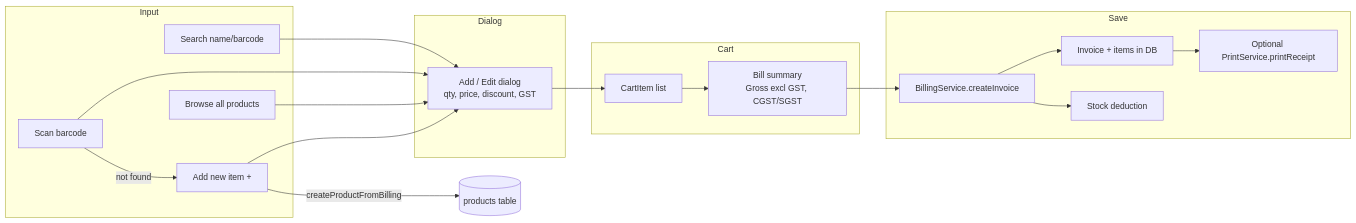
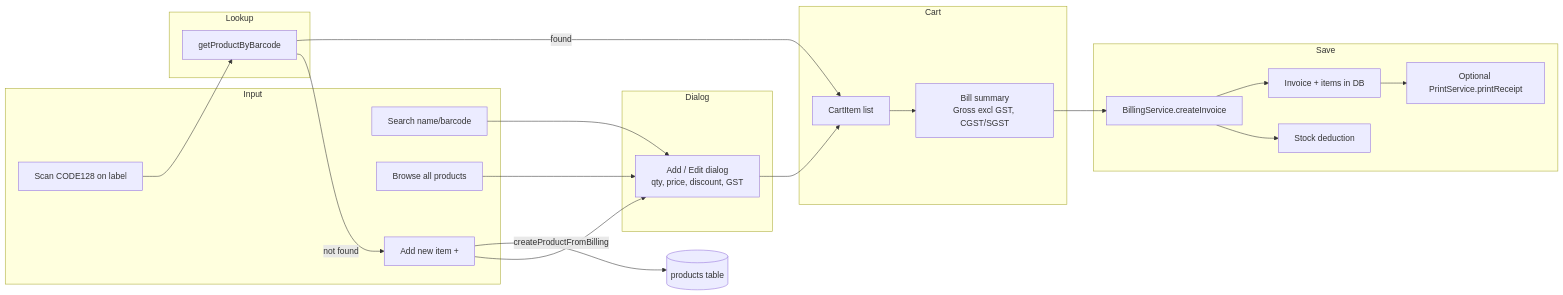
Before and after one commit to raghavendra-k021/bill-service: the third of 10 diagrams in ARCHITECTURE.md, drawn with Mermaid. The commit also changed other lines of this file and 27 other files, not shown here.

````diff
--- a/ARCHITECTURE.md
+++ b/ARCHITECTURE.md
@@ -89,38 +103,43 @@
 ```mermaid
 flowchart LR
     subgraph Input
         A1[Search name/barcode]
-        A2[Scan barcode]
+        A2[Scan CODE128 on label]
         A3[Browse all products]
         A4[Add new item +]
+    end
+
+    subgraph Lookup
+        L1[getProductByBarcode]
     end
 
     subgraph Dialog
         D1[Add / Edit dialog<br/>qty, price, discount, GST]
     end
 
     subgraph Cart
         C1[CartItem list]
         C2[Bill summary<br/>Gross excl GST, CGST/SGST]
     end
 
     subgraph Save
         S1[BillingService.createInvoice]
         S2[Invoice + items in DB]
         S3[Stock deduction]
         S4[Optional PrintService.printReceipt]
     end
 
     A1 --> D1
-    A2 --> D1
-    A2 -->|not found| A4
+    A2 --> L1
+    L1 -->|found| C1
+    L1 -->|not found| A4
     A3 --> D1
     A4 -->|createProductFromBilling| InvDB[(products table)]
     A4 --> D1
     D1 --> C1
     C1 --> C2
     C2 --> S1
     S1 --> S2
     S1 --> S3
     S2 --> S4
 ```
````
